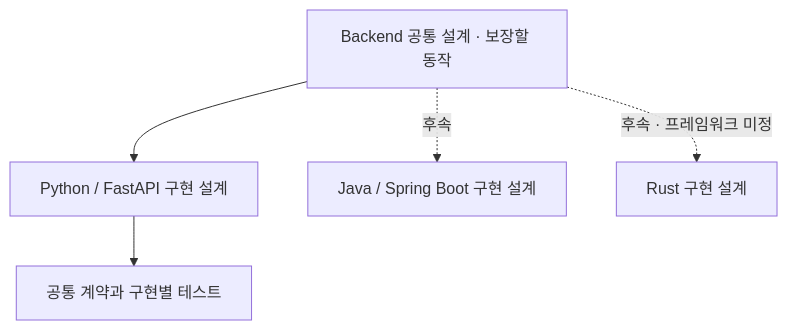
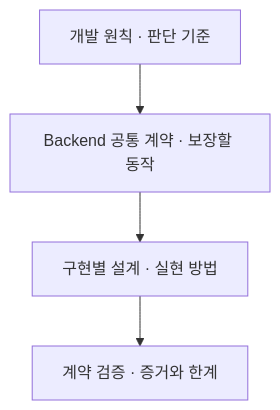
One commit to Dae-Jeong/backend-template changed the diagram in README.md. Above: the diagram before and after it, drawn with Mermaid. The commit also changed other lines of this file and 6 other files, not shown here.

````diff
--- a/README.md
+++ b/README.md
@@ -9,7 +9,6 @@
 ```mermaid
 flowchart TB
-    COMMON["Backend 공통 설계 · 보장할 동작"] --> PY["Python / FastAPI 구현 설계"]
-    COMMON -. "후속" .-> JAVA["Java / Spring Boot 구현 설계"]
-    COMMON -. "후속 · 프레임워크 미정" .-> RUST["Rust 구현 설계"]
-    PY --> VERIFY["공통 계약과 구현별 테스트"]
+    PRINCIPLE["개발 원칙 · 판단 기준"] --> COMMON["Backend 공통 계약 · 보장할 동작"]
+    COMMON --> IMPL["구현별 설계 · 실현 방법"]
+    IMPL --> VERIFY["계약 검증 · 증거와 한계"]
 ```
````
